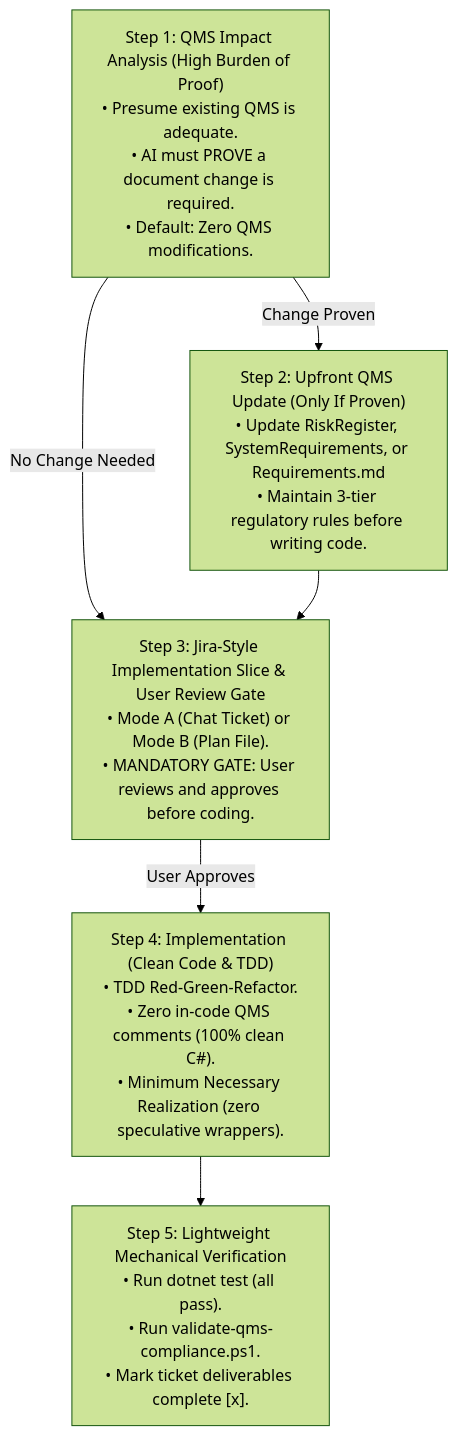
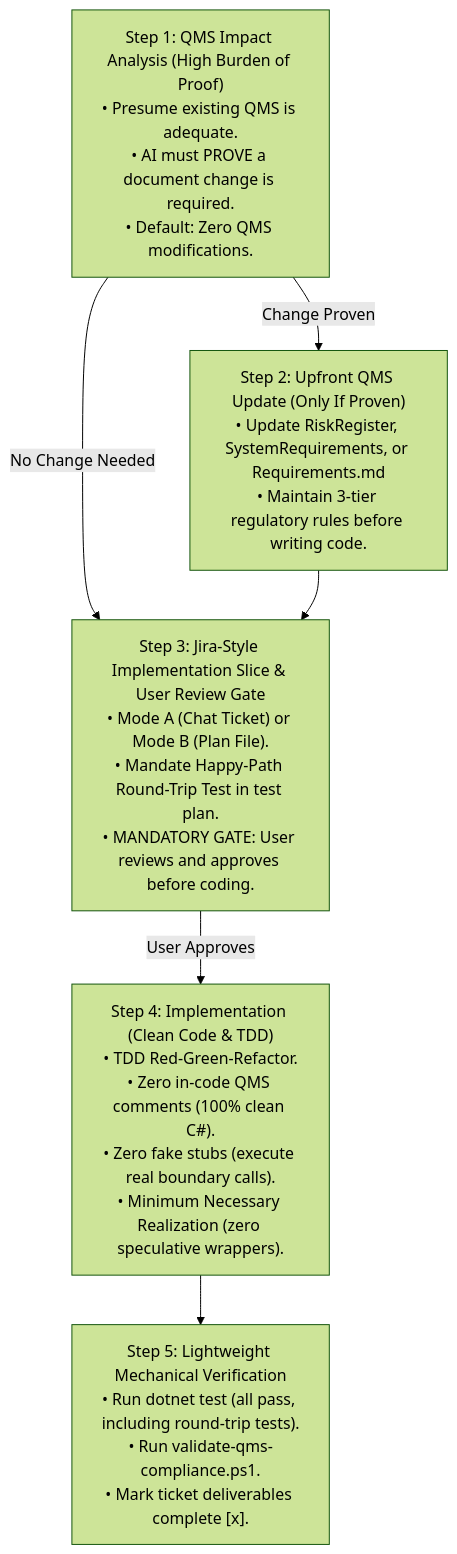
One commit to zerotwooneone/percolator changed the first of 2 diagrams in source/.agents/skills/qms-implementation-review-cycle/SKILL.md. Above: the diagram before and after it, drawn with Mermaid (forest theme). The commit also changed other lines of this file and 1 other file, not shown here.

Commit message:
improve qms skill with what we learned from chunk 4.2

````diff
--- a/source/.agents/skills/qms-implementation-review-cycle/SKILL.md
+++ b/source/.agents/skills/qms-implementation-review-cycle/SKILL.md
@@ -36,14 +51,14 @@
 ```mermaid
 flowchart TD
     S1["Step 1: QMS Impact Analysis (High Burden of Proof)<br/>• Presume existing QMS is adequate.<br/>• AI must PROVE a document change is required.<br/>• Default: Zero QMS modifications."]
     S2["Step 2: Upfront QMS Update (Only If Proven)<br/>• Update RiskRegister, SystemRequirements, or Requirements.md<br/>• Maintain 3-tier regulatory rules before writing code."]
-    S3["Step 3: Jira-Style Implementation Slice & User Review Gate<br/>• Mode A (Chat Ticket) or Mode B (Plan File).<br/>• MANDATORY GATE: User reviews and approves before coding."]
-    S4["Step 4: Implementation (Clean Code & TDD)<br/>• TDD Red-Green-Refactor.<br/>• Zero in-code QMS comments (100% clean C#).<br/>• Minimum Necessary Realization (zero speculative wrappers)."]
-    S5["Step 5: Lightweight Mechanical Verification<br/>• Run dotnet test (all pass).<br/>• Run validate-qms-compliance.ps1.<br/>• Mark ticket deliverables complete [x]."]
+    S3["Step 3: Jira-Style Implementation Slice & User Review Gate<br/>• Mode A (Chat Ticket) or Mode B (Plan File).<br/>• Mandate Happy-Path Round-Trip Test in test plan.<br/>• MANDATORY GATE: User reviews and approves before coding."]
+    S4["Step 4: Implementation (Clean Code & TDD)<br/>• TDD Red-Green-Refactor.<br/>• Zero in-code QMS comments (100% clean C#).<br/>• Zero fake stubs (execute real boundary calls).<br/>• Minimum Necessary Realization (zero speculative wrappers)."]
+    S5["Step 5: Lightweight Mechanical Verification<br/>• Run dotnet test (all pass, including round-trip tests).<br/>• Run validate-qms-compliance.ps1.<br/>• Mark ticket deliverables complete [x]."]
 
     S1 -->|Change Proven| S2
     S1 -->|No Change Needed| S3
     S2 --> S3
     S3 -->|User Approves| S4
     S4 --> S5
 ```
````
